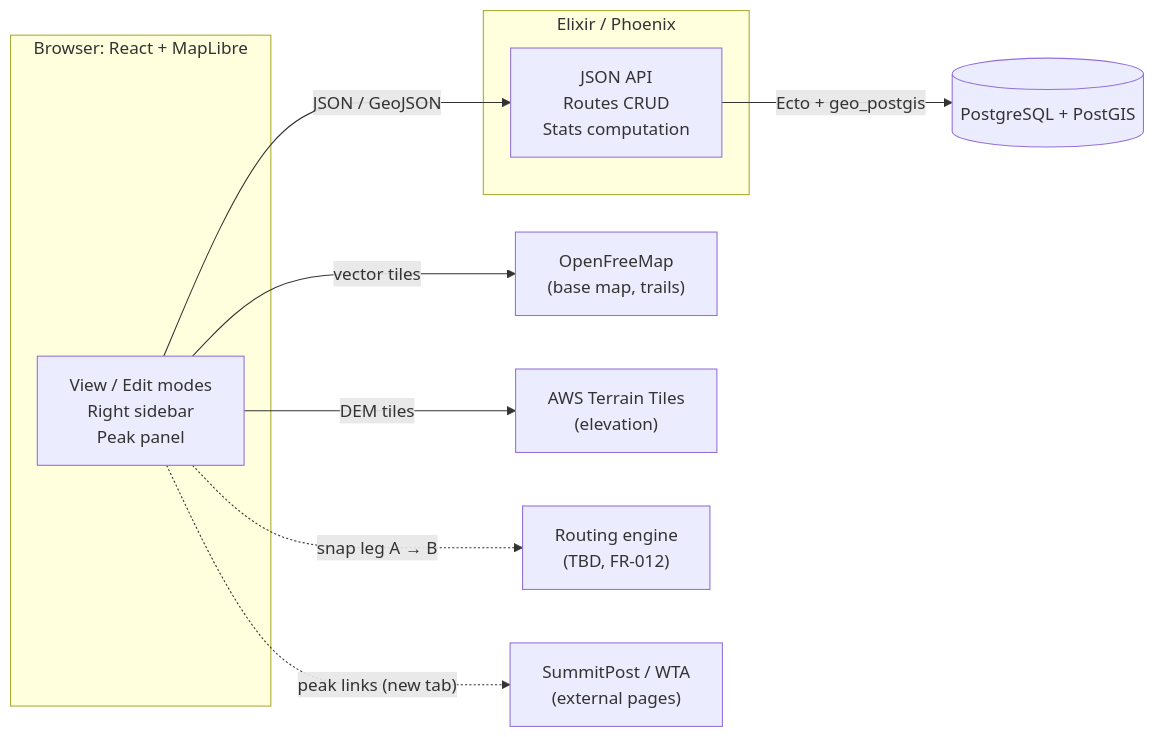
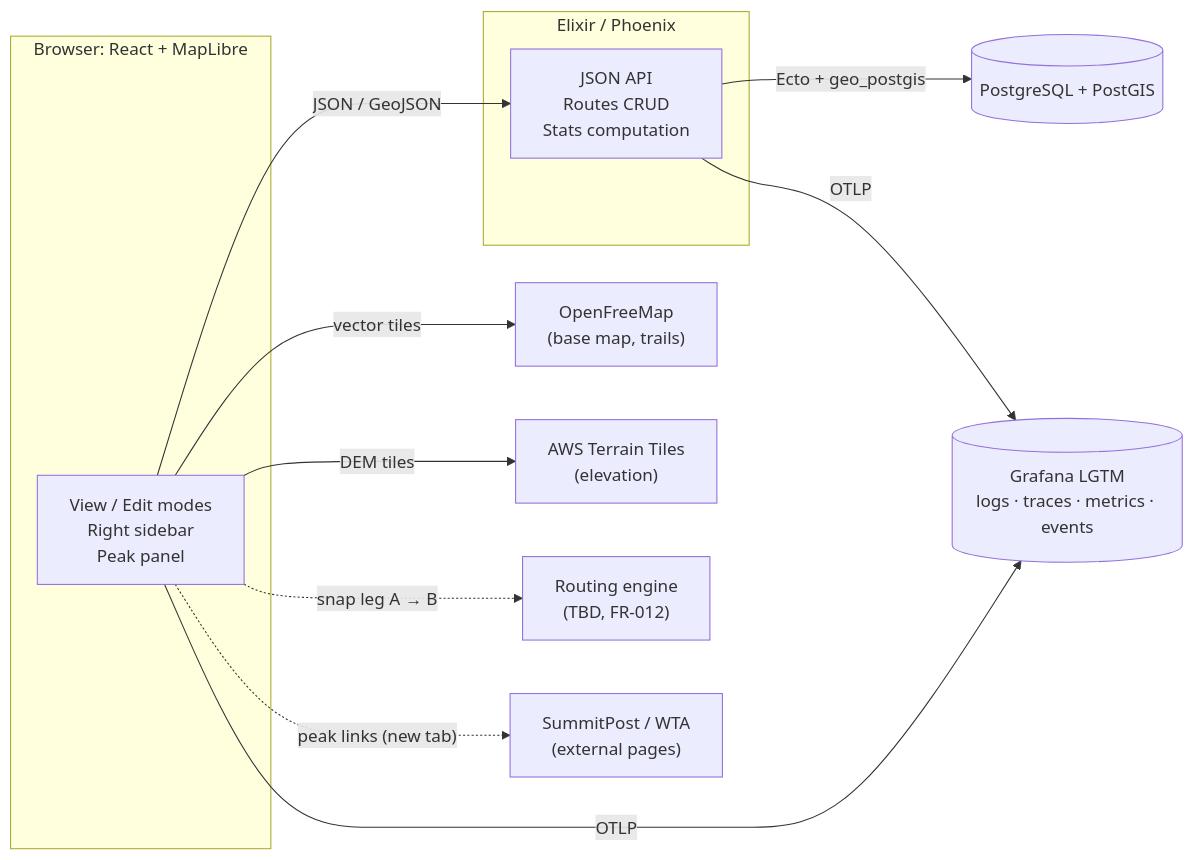
Before and after one commit to alecswift/steer: the diagram in SPEC.md, drawn with Mermaid. The commit also changed other lines of this file and 1 other file, not shown here.

Commit message:
Add telemetry as a requirement

````diff
--- a/SPEC.md
+++ b/SPEC.md
@@ -203,23 +205,26 @@
 ```mermaid
 flowchart LR
     subgraph Client["Browser: React + MapLibre"]
         UI["View / Edit modes<br/>Right sidebar<br/>Peak panel"]
     end
 
     subgraph Backend["Elixir / Phoenix"]
         API["JSON API<br/>Routes CRUD<br/>Stats computation"]
     end
 
     DB[("PostgreSQL + PostGIS")]
     Tiles["OpenFreeMap<br/>(base map, trails)"]
     DEM["AWS Terrain Tiles<br/>(elevation)"]
     Router["Routing engine<br/>(TBD, FR-012)"]
     Sites["SummitPost / WTA<br/>(external pages)"]
+    Telemetry[("Grafana LGTM<br/>logs · traces · metrics · events")]
 
     UI -- "JSON / GeoJSON" --> API
     API -- "Ecto + geo_postgis" --> DB
     UI -- "vector tiles" --> Tiles
     UI -- "DEM tiles" --> DEM
     UI -. "snap leg A → B" .-> Router
     UI -. "peak links (new tab)" .-> Sites
+    UI -- "OTLP" --> Telemetry
+    API -- "OTLP" --> Telemetry
 ```
````
